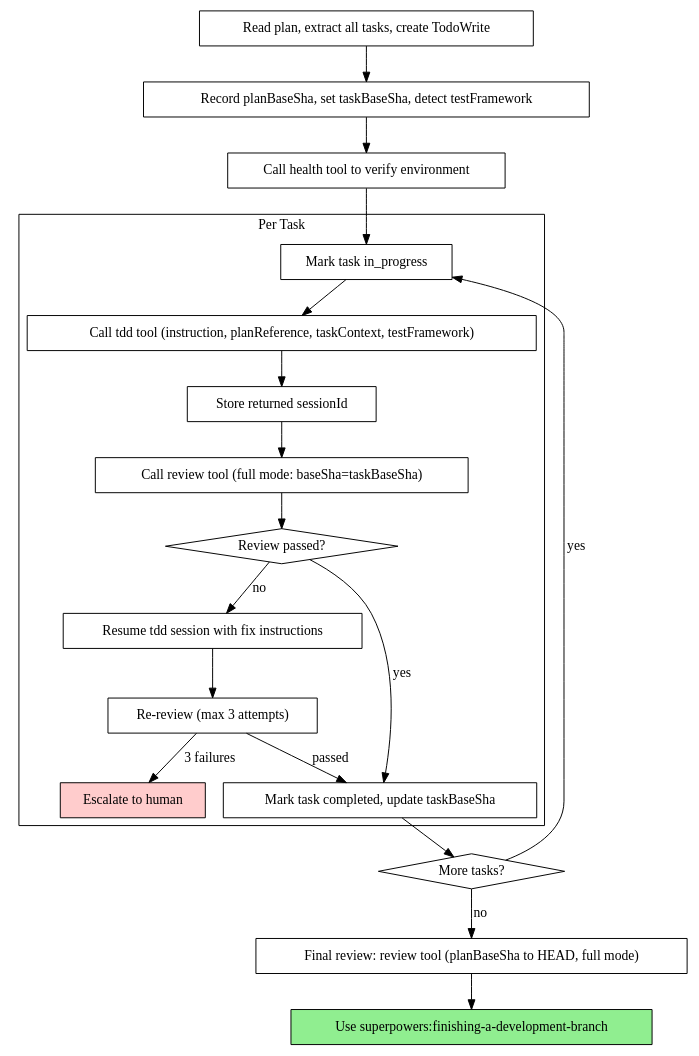
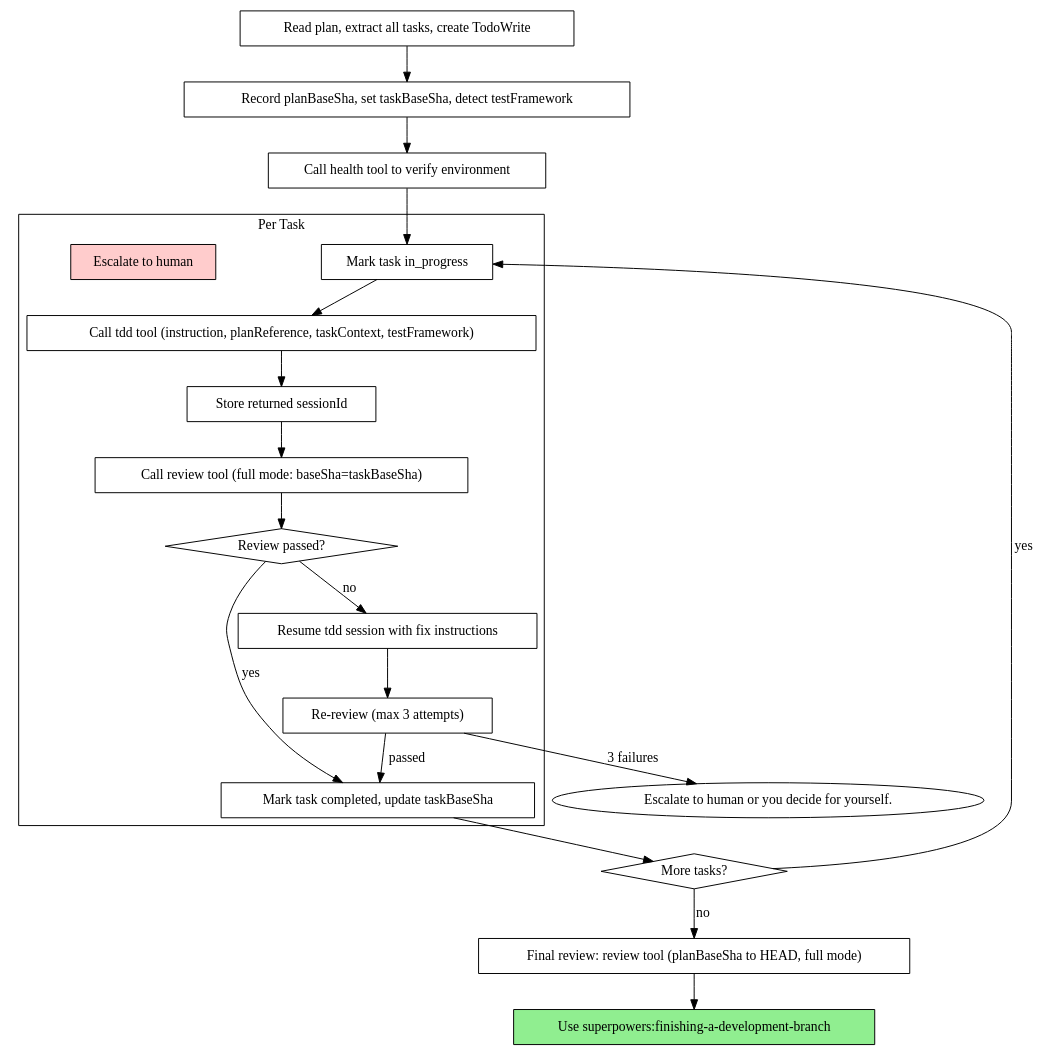
The second of 2 diagrams in skills/codex-driven-development/SKILL.md (FYZAFH/copowers), drawn with Graphviz before and after one commit. The commit also changed other lines of this file and 6 other files, not shown here.

````diff
--- a/skills/codex-driven-development/SKILL.md
+++ b/skills/codex-driven-development/SKILL.md
@@ -40,43 +40,43 @@
 ```dot
 digraph process {
     rankdir=TB;
 
     "Read plan, extract all tasks, create TodoWrite" [shape=box];
     "Record planBaseSha, set taskBaseSha, detect testFramework" [shape=box];
     "Call health tool to verify environment" [shape=box];
 
     subgraph cluster_per_task {
         label="Per Task";
         "Mark task in_progress" [shape=box];
         "Call tdd tool (instruction, planReference, taskContext, testFramework)" [shape=box];
         "Store returned sessionId" [shape=box];
         "Call review tool (full mode: baseSha=taskBaseSha)" [shape=box];
         "Review passed?" [shape=diamond];
         "Resume tdd session with fix instructions" [shape=box];
         "Re-review (max 3 attempts)" [shape=box];
         "Escalate to human" [shape=box style=filled fillcolor="#ffcccc"];
         "Mark task completed, update taskBaseSha" [shape=box];
     }
 
     "More tasks?" [shape=diamond];
     "Final review: review tool (planBaseSha to HEAD, full mode)" [shape=box];
     "Use superpowers:finishing-a-development-branch" [shape=box style=filled fillcolor=lightgreen];
 
     "Read plan, extract all tasks, create TodoWrite" -> "Record planBaseSha, set taskBaseSha, detect testFramework";
     "Record planBaseSha, set taskBaseSha, detect testFramework" -> "Call health tool to verify environment";
     "Call health tool to verify environment" -> "Mark task in_progress";
     "Mark task in_progress" -> "Call tdd tool (instruction, planReference, taskContext, testFramework)";
     "Call tdd tool (instruction, planReference, taskContext, testFramework)" -> "Store returned sessionId";
     "Store returned sessionId" -> "Call review tool (full mode: baseSha=taskBaseSha)";
     "Call review tool (full mode: baseSha=taskBaseSha)" -> "Review passed?";
     "Review passed?" -> "Mark task completed, update taskBaseSha" [label="yes"];
     "Review passed?" -> "Resume tdd session with fix instructions" [label="no"];
     "Resume tdd session with fix instructions" -> "Re-review (max 3 attempts)";
     "Re-review (max 3 attempts)" -> "Mark task completed, update taskBaseSha" [label="passed"];
-    "Re-review (max 3 attempts)" -> "Escalate to human" [label="3 failures"];
+    "Re-review (max 3 attempts)" -> "Escalate to human or you decide for yourself." [label="3 failures"];
     "Mark task completed, update taskBaseSha" -> "More tasks?";
     "More tasks?" -> "Mark task in_progress" [label="yes"];
     "More tasks?" -> "Final review: review tool (planBaseSha to HEAD, full mode)" [label="no"];
     "Final review: review tool (planBaseSha to HEAD, full mode)" -> "Use superpowers:finishing-a-development-branch";
 }
 ```
````
